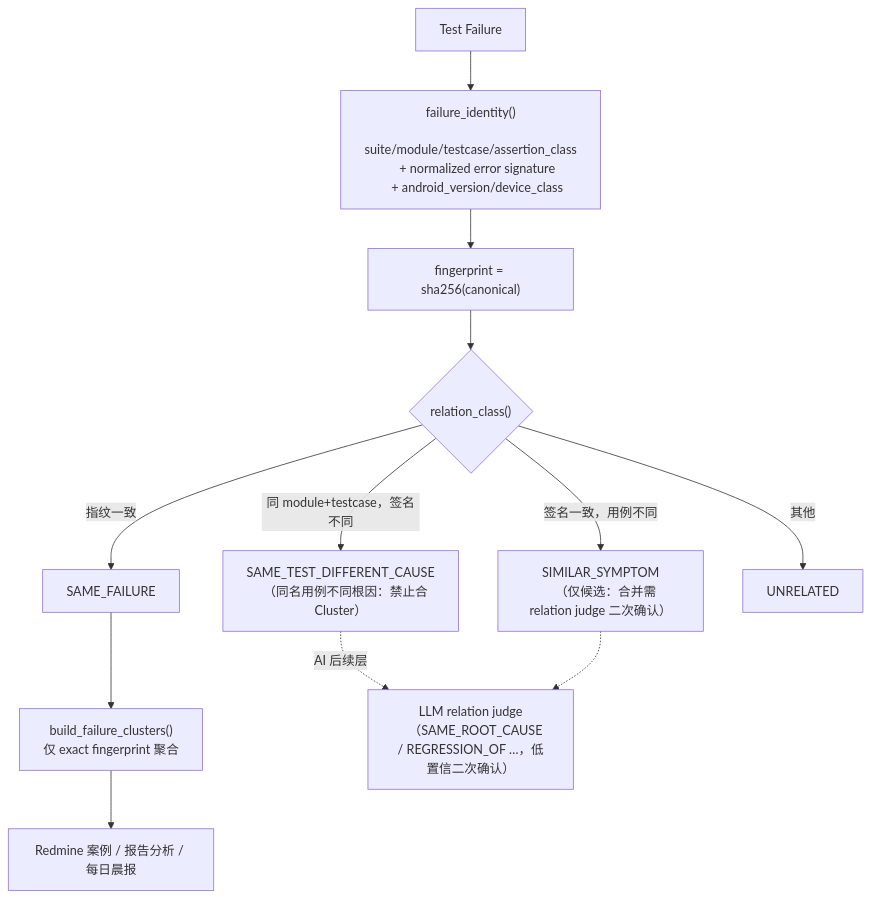
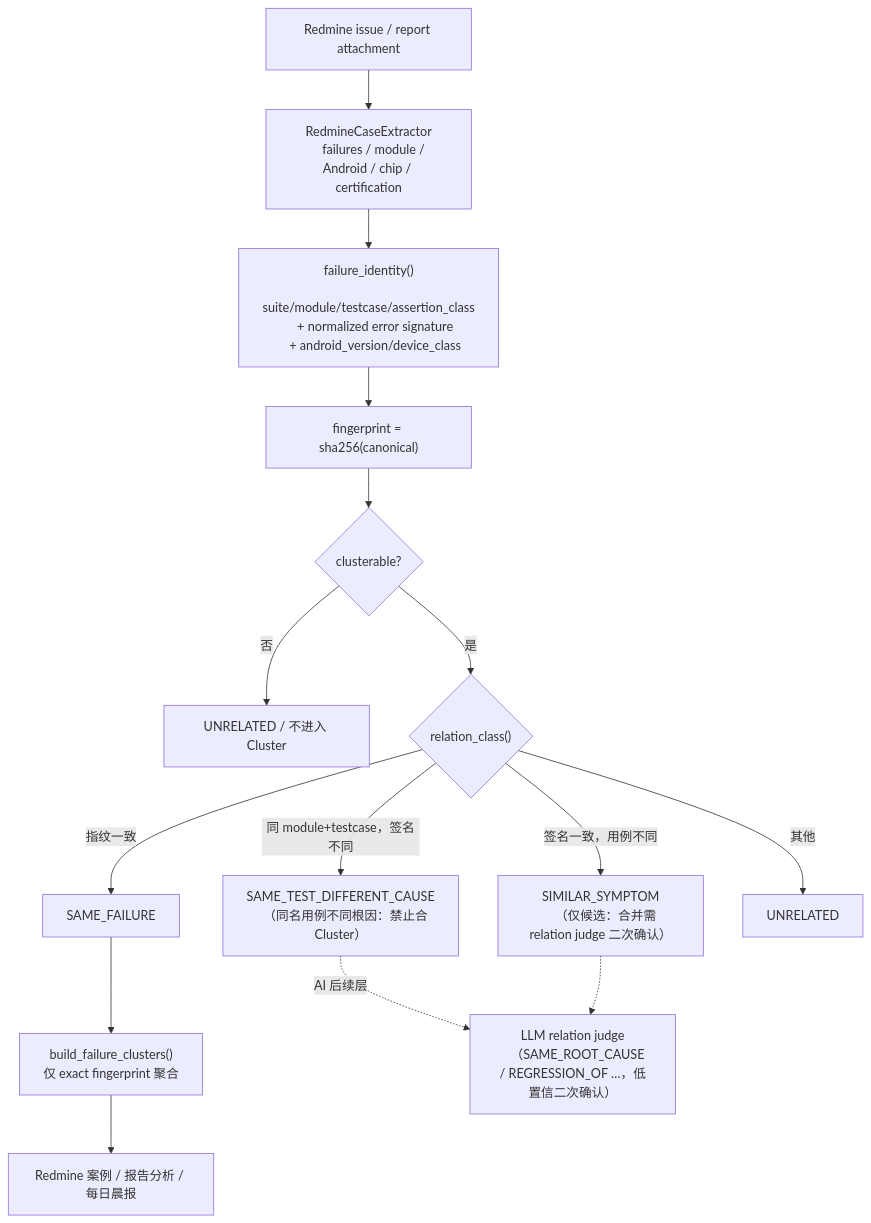
The second of 7 diagrams in docs/architecture/ai-governance.md (weixin1263831586/GMS_Remote_Test_Web), drawn with Mermaid before and after one commit. The commit also changed other lines of this file and 92 other files, not shown here.

````diff
--- a/docs/architecture/ai-governance.md
+++ b/docs/architecture/ai-governance.md
@@ -60,21 +70,25 @@
 ```mermaid
 flowchart TD
-    Failure[Test Failure] --> Identity["failure_identity()
+    Failure[Redmine issue / report attachment] --> Facts["RedmineCaseExtractor
+    failures / module / Android / chip / certification"]
+    Facts --> Identity["failure_identity()
     suite/module/testcase/assertion_class
     + normalized error signature
     + android_version/device_class"]
     Identity --> FP["fingerprint = sha256(canonical)"]
-    FP --> Exact{"relation_class()"}
+    FP --> Quality{"clusterable?"}
+    Quality -->|否| Insufficient["UNRELATED / 不进入 Cluster"]
+    Quality -->|是| Exact{"relation_class()"}
     Exact -->|"指纹一致"| Same["SAME_FAILURE"]
     Exact -->|"同 module+testcase，签名不同"| Diff["SAME_TEST_DIFFERENT_CAUSE
     （同名用例不同根因：禁止合 Cluster）"]
     Exact -->|"签名一致，用例不同"| Sim["SIMILAR_SYMPTOM
     （仅候选：合并需 relation judge 二次确认）"]
     Exact -->|其他| Unrel["UNRELATED"]
     Same --> Cluster["build_failure_clusters()
     仅 exact fingerprint 聚合"]
     Diff -.->|AI 后续层| Judge["LLM relation judge
     （SAME_ROOT_CAUSE / REGRESSION_OF …，低置信二次确认）"]
     Sim -.-> Judge
     Cluster --> Consumers["Redmine 案例 / 报告分析 / 每日晨报"]
 ```
````
